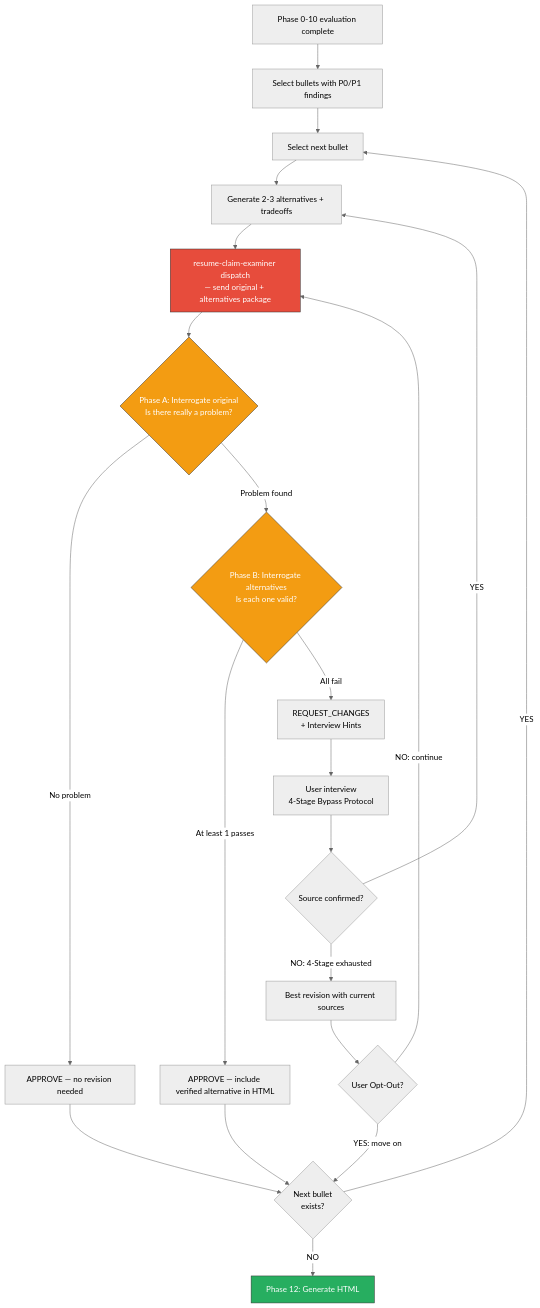
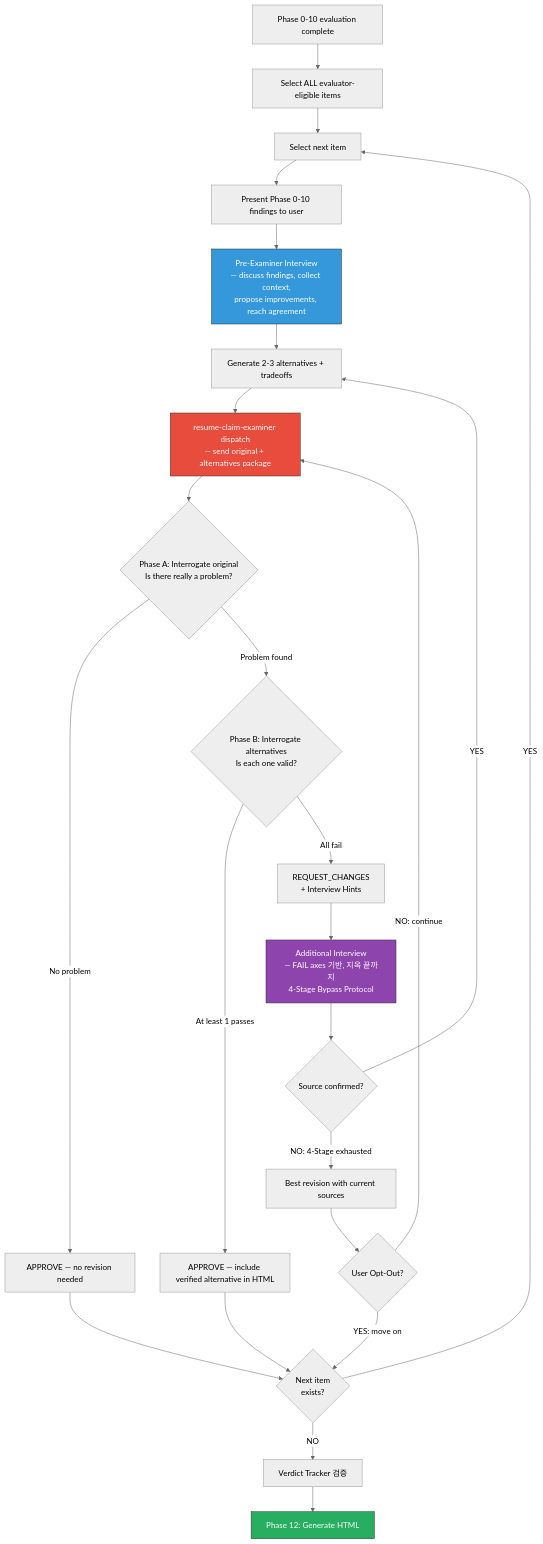
One commit to toongri/oh-my-toong-playground changed the diagram in skills/review-resume/references/content-quality-gate.md. Above: the diagram before and after it, drawn with Mermaid (neutral theme). The commit also changed other lines of this file and 3 other files, not shown here.

````diff
--- a/skills/review-resume/references/content-quality-gate.md
+++ b/skills/review-resume/references/content-quality-gate.md
@@ -272,33 +304,36 @@
 ```mermaid
 flowchart TB
-    A[Phase 0-10 evaluation complete] --> B[Select bullets with P0/P1 findings]
-    B --> C[Select next bullet]
-    C --> D[Generate 2-3 alternatives + tradeoffs]
+    A[Phase 0-10 evaluation complete] --> B[Select ALL evaluator-eligible items]
+    B --> C[Select next item]
+    C --> PRESENT[Present Phase 0-10 findings to user]
+    PRESENT --> INTERVIEW_PRE[Pre-Examiner Interview\n— discuss findings, collect context,\npropose improvements, reach agreement]
+    INTERVIEW_PRE --> D[Generate 2-3 alternatives + tradeoffs]
     D --> H[resume-claim-examiner dispatch\n— send original + alternatives package]
 
     H --> DIAG{Phase A: Interrogate original\nIs there really a problem?}
     DIAG -->|No problem| APPROVE_ORIG[APPROVE — no revision needed]
     DIAG -->|Problem found| ALTEVAL{Phase B: Interrogate alternatives\nIs each one valid?}
 
     ALTEVAL -->|At least 1 passes| APPROVE_ALT[APPROVE — include verified alternative in HTML]
     ALTEVAL -->|All fail| K[REQUEST_CHANGES\n+ Interview Hints]
 
-    K --> L[User interview\n4-Stage Bypass Protocol]
+    K --> L[Additional Interview\n— FAIL axes 기반, 지옥 끝까지\n4-Stage Bypass Protocol]
     L --> M{Source confirmed?}
     M -->|YES| D
     M -->|NO: 4-Stage exhausted| N[Best revision with current sources]
     N --> O{User Opt-Out?}
     O -->|YES: move on| J
     O -->|NO: continue| H
 
-    APPROVE_ORIG --> J{Next bullet\nexists?}
+    APPROVE_ORIG --> J{Next item\nexists?}
     APPROVE_ALT --> J
 
     J -->|YES| C
-    J -->|NO| P[Phase 12: Generate HTML]
+    J -->|NO| VERDICT[Verdict Tracker 검증]
+    VERDICT --> P[Phase 12: Generate HTML]
 
     style H fill:#e74c3c,stroke:#333,color:#fff
-    style DIAG fill:#f39c12,stroke:#333,color:#fff
-    style ALTEVAL fill:#f39c12,stroke:#333,color:#fff
+    style INTERVIEW_PRE fill:#3498db,stroke:#333,color:#fff
+    style L fill:#8e44ad,stroke:#333,color:#fff
     style P fill:#27ae60,stroke:#333,color:#fff
 ```
````
